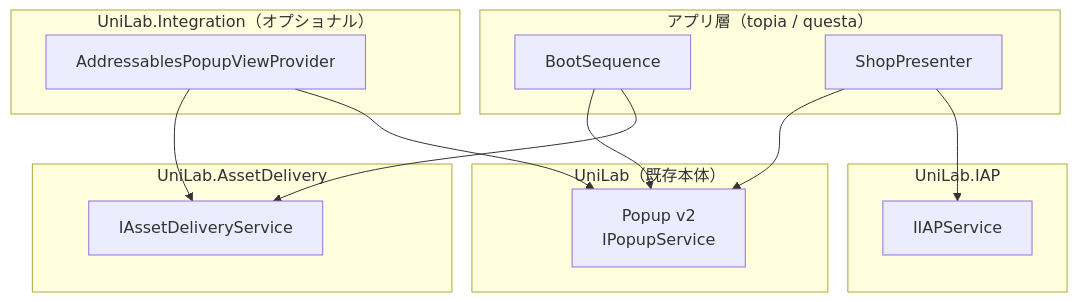
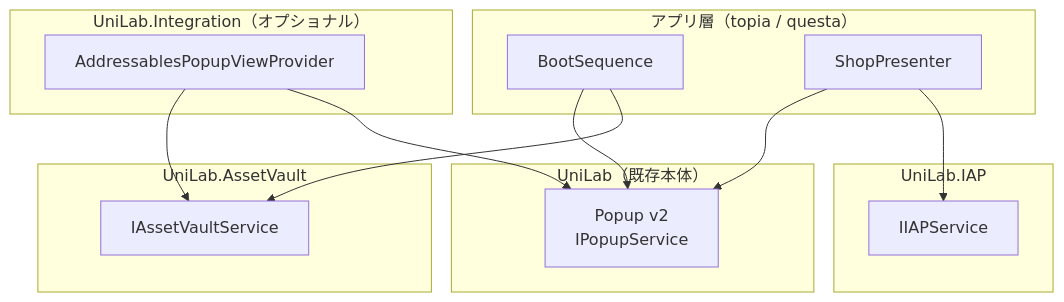
The diagram in docs/design-unilab-foundation-overview.md (MasaKoha/UniLab), drawn with Mermaid before and after one commit. The commit also changed other lines of this file and 57 other files, not shown here.

Commit message:
refactor: UniLab.AssetDelivery を UniLab.AssetVault にリネーム

````diff
--- a/docs/design-unilab-foundation-overview.md
+++ b/docs/design-unilab-foundation-overview.md
@@ -22,30 +22,30 @@
 ```mermaid
 graph TD
     subgraph App["アプリ層（topia / questa）"]
         Boot[BootSequence]
         Shop[ShopPresenter]
     end
 
     subgraph Integration["UniLab.Integration（オプショナル）"]
         AdapterA[AddressablesPopupViewProvider]
     end
 
     subgraph Core["UniLab（既存本体）"]
         Popup[Popup v2<br/>IPopupService]
     end
 
-    subgraph AD["UniLab.AssetDelivery"]
-        ADS[IAssetDeliveryService]
+    subgraph AD["UniLab.AssetVault"]
+        ADS[IAssetVaultService]
     end
 
     subgraph IAP["UniLab.IAP"]
         IAPS[IIAPService]
     end
 
     Boot --> ADS
     Boot --> Popup
     Shop --> IAPS
     Shop --> Popup
     AdapterA --> Popup
     AdapterA --> ADS
 ```
````
